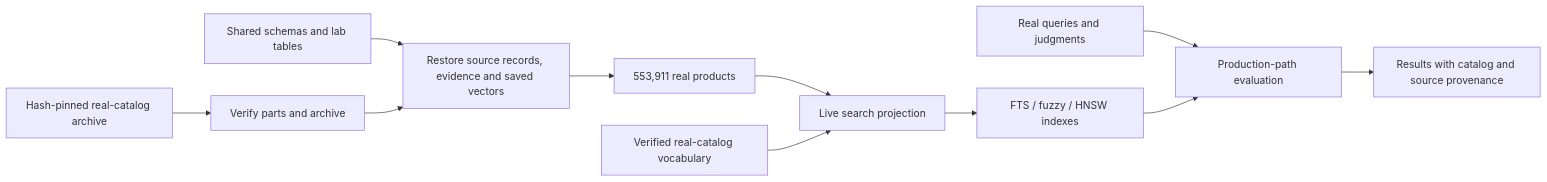
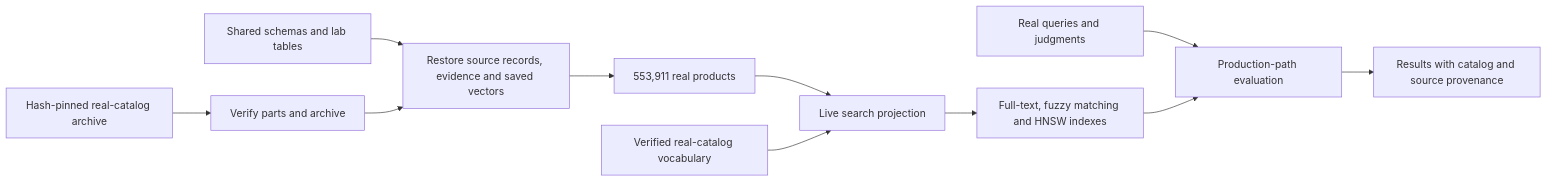
The second of 2 diagrams in docs/architecture.md (aws-samples/sample-agentic-hybrid-retrieval-aurora-postgresql), drawn with Mermaid before and after one commit. The commit also changed other lines of this file and 98 other files, not shown here.

````diff
--- a/docs/architecture.md
+++ b/docs/architecture.md
@@ -73,13 +73,13 @@
 ```mermaid
 flowchart LR
     A[Hash-pinned real-catalog archive] --> VERIFY[Verify parts and archive]
     SCHEMA[Shared schemas and lab tables] --> RESTORE[Restore source records, evidence and saved vectors]
     VERIFY --> RESTORE
     RESTORE --> P[553,911 real products]
     P --> V[Live search projection]
-    V --> I[FTS / fuzzy / HNSW indexes]
+    V --> I[Full-text, fuzzy matching and HNSW indexes]
     VOCAB[Verified real-catalog vocabulary] --> V
     Q[Real queries and judgments] --> RUN[Production-path evaluation]
     I --> RUN
     RUN --> M[Results with catalog and source provenance]
 ```
````
